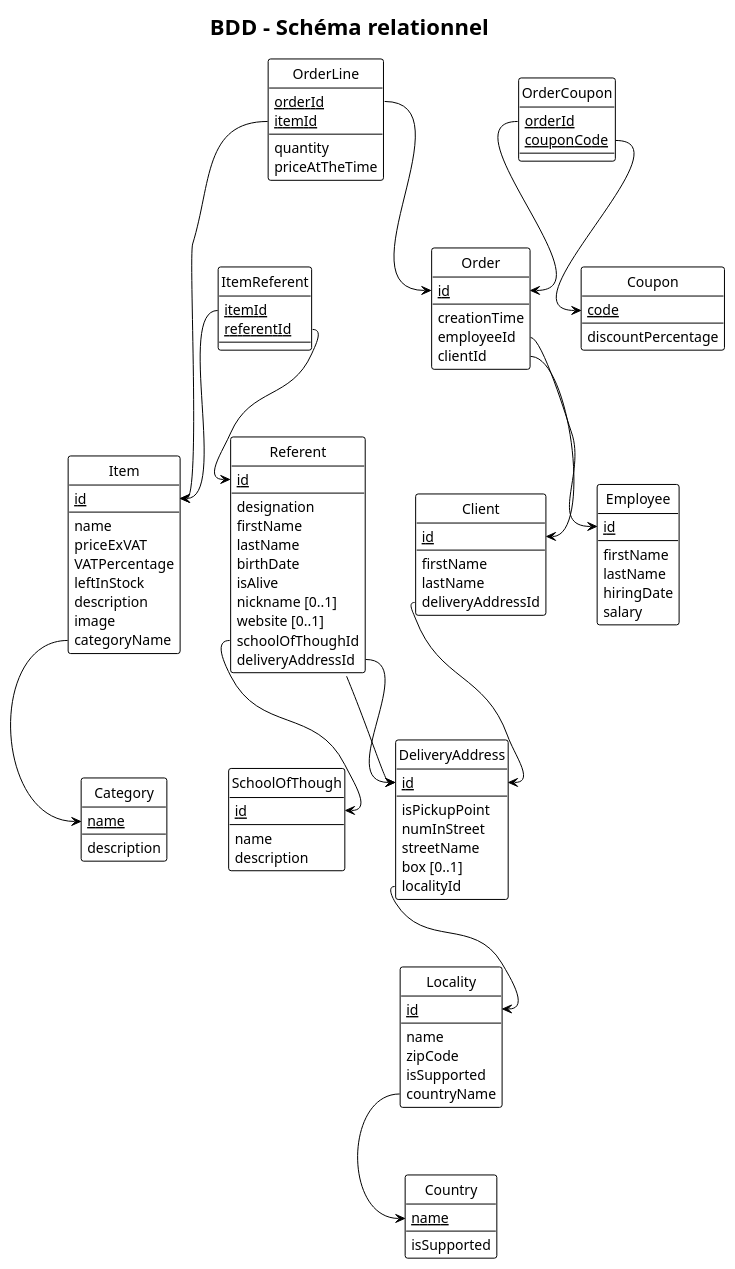
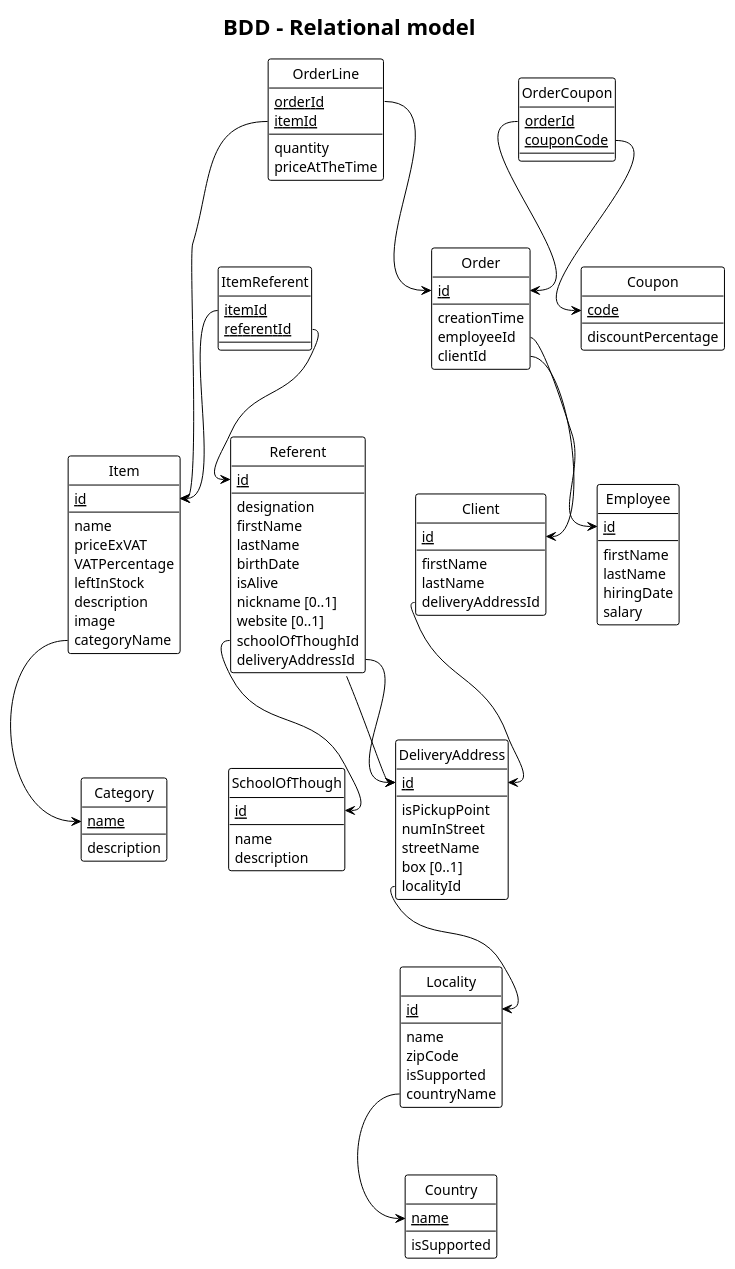
One commit to Keaexe/advanced_POO changed the diagram in relational_DB_model.puml. Above: the diagram before and after it, drawn with PlantUML. The commit also changed 5 other files, not shown here.

```diff
--- a/relational_DB_model.puml
+++ b/relational_DB_model.puml
@@ -1,132 +1,132 @@
-@startuml BDD - Schéma relationnel
-title BDD - Schéma relationnel
+@startuml BDD - Relational model
+title BDD - Relational model
 !theme plain
 hide circle
 
 entity Item{
   <u>id</u>
   --
   name
   priceExVAT
   VATPercentage
   leftInStock
   description
   image
   categoryName
 }
 entity Category{
   <u>name</u>
   --
   description
 }
 entity Referent{
   <u>id</u>
   --
   designation
   firstName
   lastName
   birthDate
   isAlive 
   nickname [0..1]
   website [0..1]
   schoolOfThoughId
   deliveryAddressId
 }
 entity SchoolOfThough{
   <u>id</u>
   --
   name
   description
 }
 entity Order{
   <u>id</u>
   --
   creationTime
   employeeId
   clientId
 }
 entity Client{
   <u>id</u>
   --
   firstName
   lastName
   deliveryAddressId
 }
 entity OrderLine{
   <u>orderId</u>
   <u>itemId</u>
   --
   quantity
   priceAtTheTime
 }
 
 
 entity Coupon{
   <u>code</u>
   --
   discountPercentage
 }
 
 entity Employee{
   <u>id</u>
   --
   firstName
   lastName
   hiringDate
   salary
 }
 entity Country{
   <u>name</u>
   --
   isSupported 
 }
 entity Locality{
   <u>id</u>
   --
   name
   zipCode
   isSupported 
   countryName
 }
 entity DeliveryAddress{
   <u>id</u>
   --
   isPickupPoint 
   numInStreet
   streetName
   box [0..1]
   localityId
 }
 
 entity OrderCoupon{
   <u>orderId</u>
   <u>couponCode</u>
 }
 entity ItemReferent{
   <u>itemId</u>
   <u>referentId</u>
 }
 
 Item::categoryName --> Category::name
 
 Referent::schoolOfThoughId --> SchoolOfThough::id
 Referent::deliveryAddressId --> DeliveryAddress::id
 
 Order::employeeId --> Employee::id
 Order::clientId --> Client::id
 
 Client::deliveryAddressId --> DeliveryAddress::id
 
 OrderLine::orderId --> Order::id
 OrderLine::itemId --> Item::id
 
 Locality::countryName --> Country::name
 DeliveryAddress::localityId --> Locality::id
 
 OrderCoupon::orderId --> Order::id
 OrderCoupon::couponCode --> Coupon::code
 
 ItemReferent::itemId --> Item::id
 ItemReferent::referentId --> Referent::id
 Referent::address --> DeliveryAddress::id
 @enduml
```
